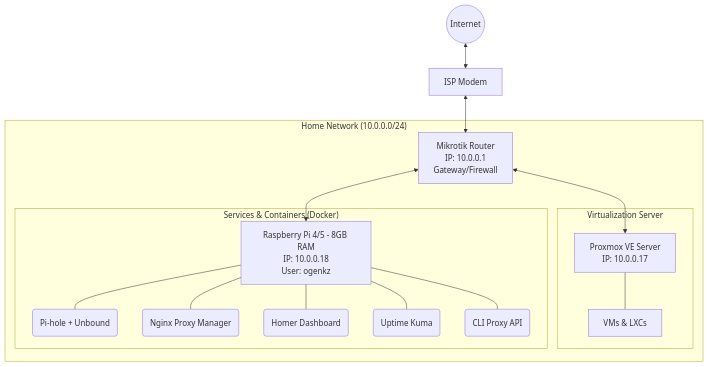
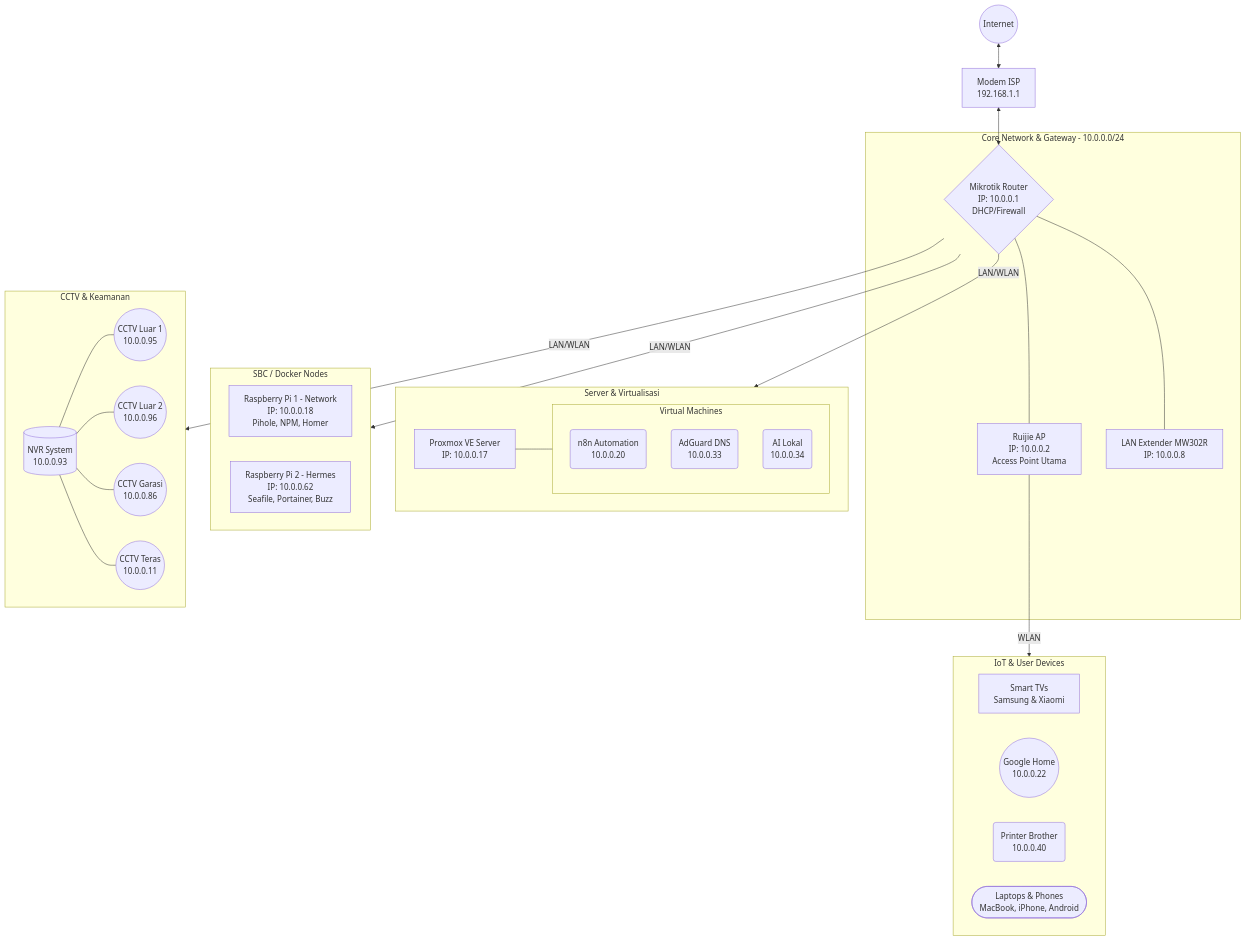
The diagram in docs/architecture.md (ogenkz-tech/ogenkz-homelab), drawn with Mermaid before and after one commit. The commit also changed other lines of this file, not shown here.

Commit message:
docs: update massive network topology mapping from Mikrotik DHCP

````diff
--- a/docs/architecture.md
+++ b/docs/architecture.md
@@ -7,34 +7,52 @@
 ```mermaid
 flowchart TD
-    Internet((Internet)) <--> Modem[ISP Modem]
-    Modem <--> Router
+    Internet((Internet)) <--> Modem[Modem ISP<br>192.168.1.1]
+    Modem <--> Mikrotik
 
-    subgraph "Home Network (10.0.0.0/24)"
-        Router[Mikrotik Router<br>IP: 10.0.0.1<br>Gateway/Firewall]
+    subgraph Core_Network [Core Network & Gateway - 10.0.0.0/24]
+        Mikrotik{Mikrotik Router<br>IP: 10.0.0.1<br>DHCP/Firewall}
+        Ruijie[Ruijie AP<br>IP: 10.0.0.2<br>Access Point Utama]
+        Extender[LAN Extender MW302R<br>IP: 10.0.0.8]
         
-        subgraph "Virtualization Server"
-            Proxmox[Proxmox VE Server<br>IP: 10.0.0.17]
-            VMs[VMs & LXCs]
-            Proxmox --- VMs
+        Mikrotik --- Ruijie
+        Mikrotik --- Extender
+    end
+
+    subgraph Servers_Virtualization [Server & Virtualisasi]
+        Proxmox[Proxmox VE Server<br>IP: 10.0.0.17]
+        
+        subgraph Proxmox_VMs [Virtual Machines]
+            n8n(n8n Automation<br>10.0.0.20)
+            AdGuard(AdGuard DNS<br>10.0.0.33)
+            AILokal(AI Lokal<br>10.0.0.34)
         end
+        Proxmox --- Proxmox_VMs
+    end
 
-        subgraph "Services & Containers (Docker)"
-            Raspi[Raspberry Pi 4/5 - 8GB RAM<br>IP: 10.0.0.18<br>User: ogenkz]
-            
-            Pihole(Pi-hole + Unbound)
-            NPM(Nginx Proxy Manager)
-            Homer(Homer Dashboard)
-            UptimeKuma(Uptime Kuma)
-            CLIAPI(CLI Proxy API)
+    subgraph SBC_Docker [SBC / Docker Nodes]
+        RPi1[Raspberry Pi 1 - Network<br>IP: 10.0.0.18<br>Pihole, NPM, Homer]
+        RPi2[Raspberry Pi 2 - Hermes<br>IP: 10.0.0.62<br>Seafile, Portainer, Buzz]
+    end
 
-            Raspi --- Pihole
-            Raspi --- NPM
-            Raspi --- Homer
-            Raspi --- UptimeKuma
-            Raspi --- CLIAPI
-        end
+    subgraph Security_Surveillance [CCTV & Keamanan]
+        NVR[(NVR System<br>10.0.0.93)]
+        CCTV1((CCTV Luar 1<br>10.0.0.95))
+        CCTV2((CCTV Luar 2<br>10.0.0.96))
+        CCTV3((CCTV Garasi<br>10.0.0.86))
+        CCTV4((CCTV Teras<br>10.0.0.11))
+        
+        NVR --- CCTV1 & CCTV2 & CCTV3 & CCTV4
+    end
 
-        Router <--> Proxmox
-        Router <--> Raspi
+    subgraph SmartHome_Devices [IoT & User Devices]
+        SmartTV[Smart TVs<br>Samsung & Xiaomi]
+        GoogleHome((Google Home<br>10.0.0.22))
+        Printer(Printer Brother<br>10.0.0.40)
+        Users([Laptops & Phones<br>MacBook, iPhone, Android])
     end
+
+    Mikrotik -->|LAN/WLAN| Servers_Virtualization
+    Mikrotik -->|LAN/WLAN| SBC_Docker
+    Mikrotik -->|LAN/WLAN| Security_Surveillance
+    Ruijie -->|WLAN| SmartHome_Devices
 ```
````
